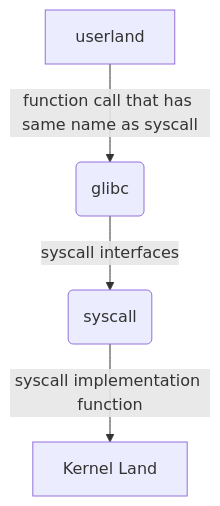
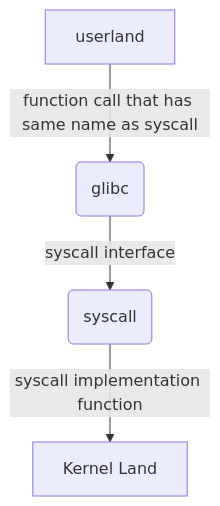
The diagram in M1_S2/SYSCALL.md (Reemaa828/Linux_11_5), drawn with Mermaid before and after one commit.

````diff
--- a/M1_S2/SYSCALL.md
+++ b/M1_S2/SYSCALL.md
@@ -25,7 +25,7 @@
 ```mermaid
 graph TD;
     A[userland] --> |function call that has same name as syscall| B(glibc)
-    B --> |syscall interfaces| C(syscall)
+    B --> |syscall interface| C(syscall)
     C --> |syscall implementation function| D[Kernel Land]
 
 ```
````
